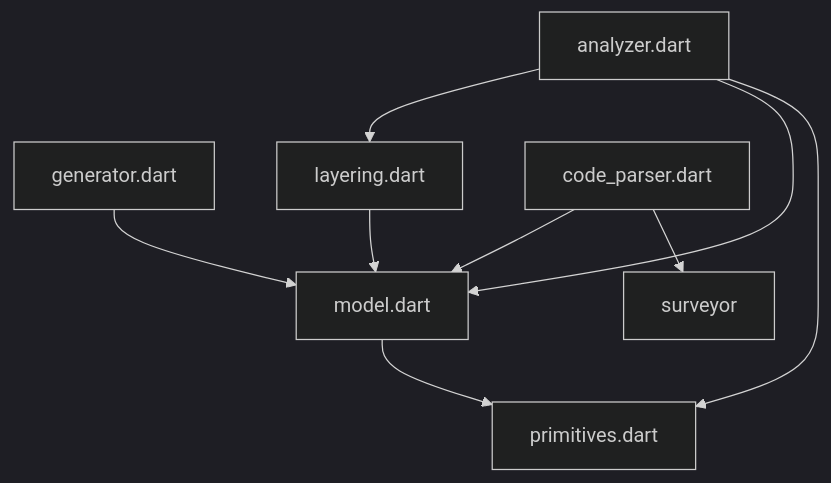
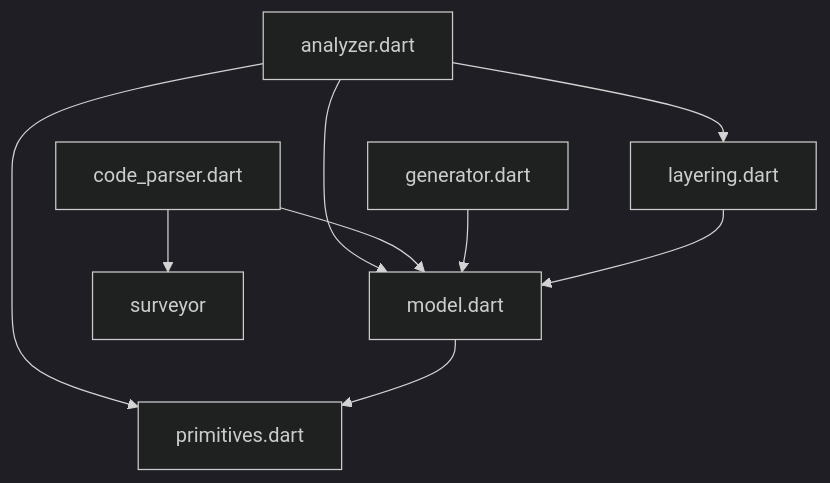
One commit to polina-c/layerlens changed the diagram in lib/src/DEPENDENCIES.md. Above: the diagram before and after it, drawn with Mermaid (dark theme). The commit also changed other lines of this file and 2 other files, not shown here.

````diff
--- a/lib/src/DEPENDENCIES.md
+++ b/lib/src/DEPENDENCIES.md
@@ -5,11 +5,11 @@
 ```mermaid
 flowchart TD;
-generator.dart-->model.dart;
 analyzer.dart-->layering.dart;
+analyzer.dart-->primitives.dart;
 analyzer.dart-->model.dart;
-analyzer.dart-->primitives.dart;
 code_parser.dart-->model.dart;
 code_parser.dart-->surveyor;
+generator.dart-->model.dart;
 layering.dart-->model.dart;
 model.dart-->primitives.dart;
 ```
````
